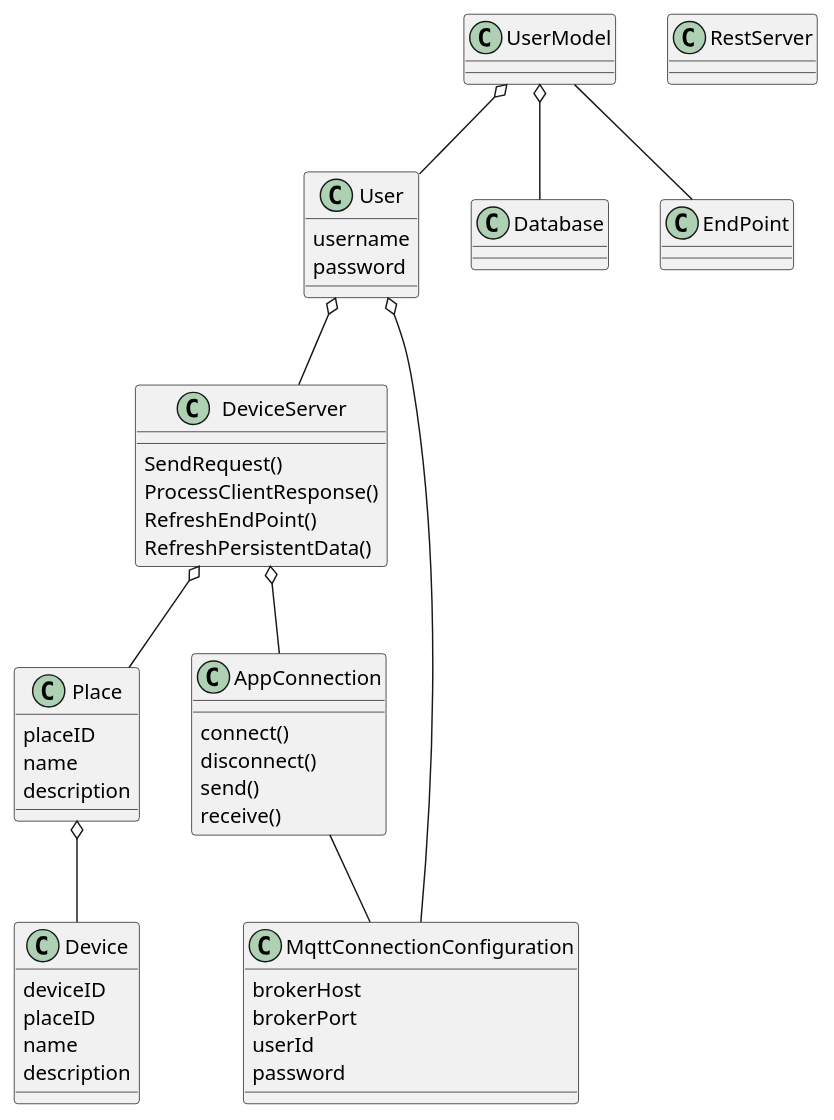
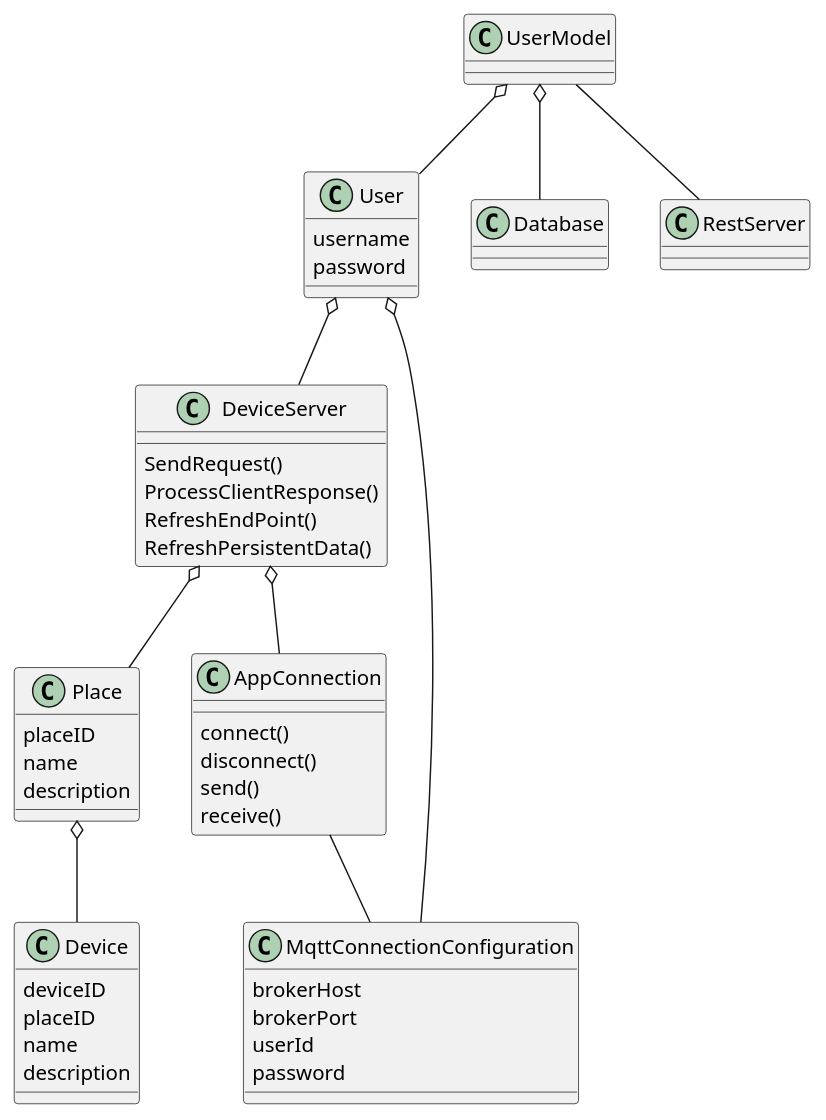
One commit to hectorgastaminza/Iot changed the diagram in comiot/Diagrams/DDeviceServer.puml. Above: the diagram before and after it, drawn with PlantUML. The commit also changed 2 other files, not shown here.

```diff
--- a/comiot/Diagrams/DDeviceServer.puml
+++ b/comiot/Diagrams/DDeviceServer.puml
@@ -1,51 +1,51 @@
 @startuml
 class UserModel{
 }
 class User{
 username
 password
 }
 class Database{
 }
 class RestServer{
 }
 class DeviceServer{
 	SendRequest()
 	ProcessClientResponse()
 	RefreshEndPoint()
 	RefreshPersistentData()
 }
 class AppConnection {
 	connect()
 	disconnect()
 	send()
 	receive()
 }
 class Place {
 placeID
 name
 description
 }
 class Device {
 deviceID
 placeID
 name
 description
 }
 class MqttConnectionConfiguration{
   brokerHost
   brokerPort
   userId
   password
 }
 
 UserModel o-- User
 User o-- MqttConnectionConfiguration
 AppConnection -- MqttConnectionConfiguration
 UserModel o-- Database
-UserModel -- EndPoint
+UserModel -- RestServer
 User o-- DeviceServer
 DeviceServer o-- AppConnection
 DeviceServer o-- Place
 Place o-- Device
 @enduml
```
